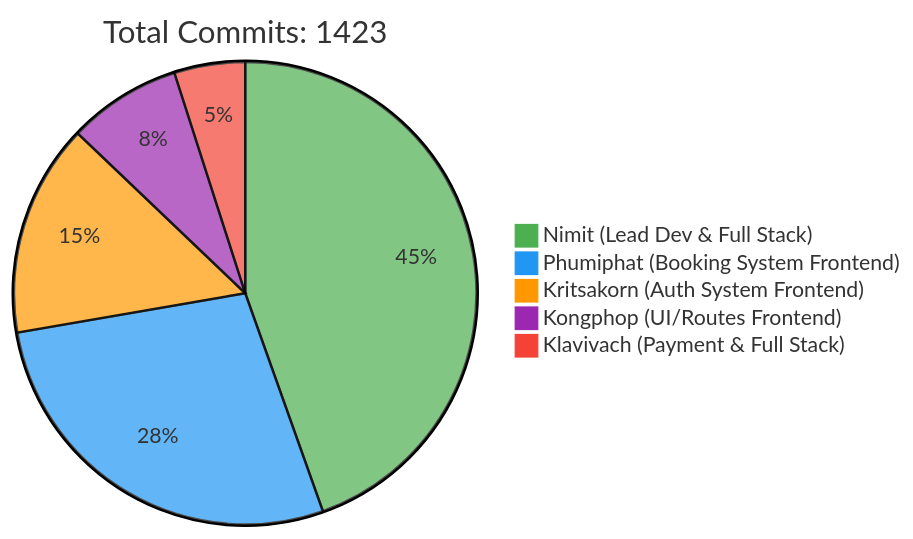
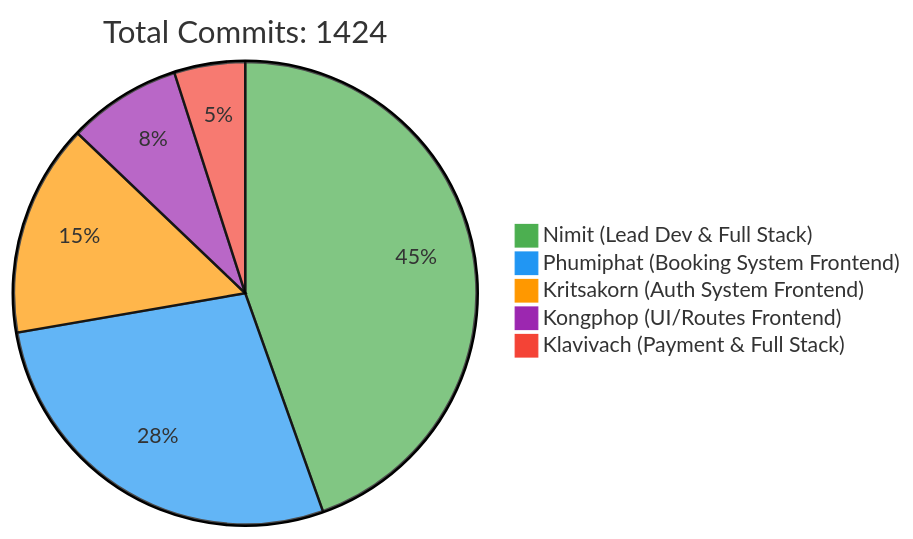
Before and after one commit to 6531503042/Sport-Complex: the first of 2 diagrams in README.md, drawn with Mermaid. The commit also changed other lines of this file, not shown here.

Commit message:
docs: Update contributor statistics [skip ci]

````diff
--- a/README.md
+++ b/README.md
@@ -257,10 +257,10 @@
 ```mermaid
 %%{init: {'theme': 'base', 'themeVariables': { 'pie1': '#4CAF50', 'pie2': '#2196F3', 'pie3': '#FF9800', 'pie4': '#9C27B0', 'pie5': '#F44336'}}}%%
 pie
-    title Total Commits: 1423
+    title Total Commits: 1424
     "Nimit (Lead Dev & Full Stack)" : 450
     "Phumiphat (Booking System Frontend)" : 280
     "Kritsakorn (Auth System Frontend)" : 150
     "Kongphop (UI/Routes Frontend)" : 80
     "Klavivach (Payment & Full Stack)" : 50
 ```
````
